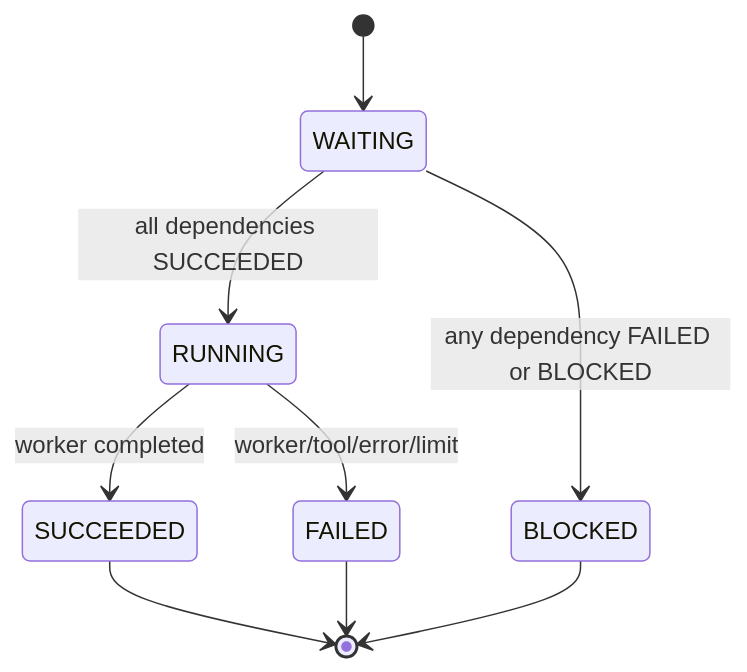
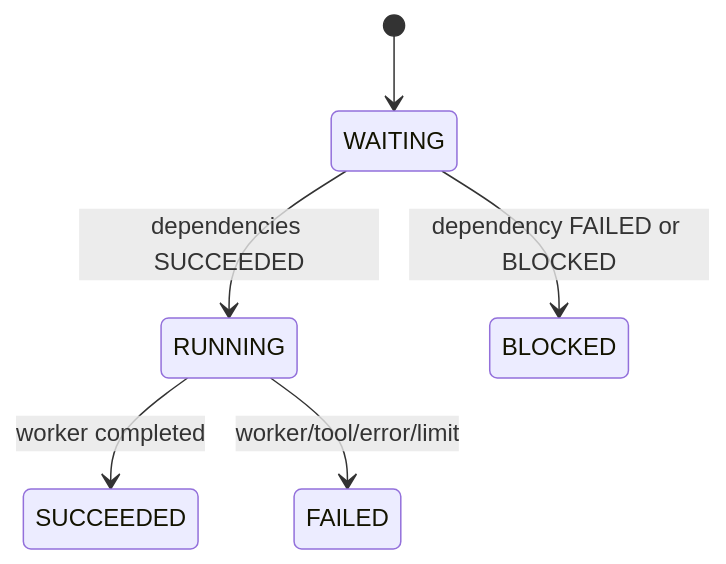
Before and after one commit to Linji-x/you-agent-cli: the third of 3 diagrams in README.md, drawn with Mermaid. The commit also changed other lines of this file and 7 other files, not shown here.

````diff
--- a/README.md
+++ b/README.md
@@ -111,11 +164,8 @@
 ```mermaid
 stateDiagram-v2
     [*] --> WAITING
-    WAITING --> RUNNING: all dependencies SUCCEEDED
+    WAITING --> RUNNING: dependencies SUCCEEDED
     RUNNING --> SUCCEEDED: worker completed
     RUNNING --> FAILED: worker/tool/error/limit
-    WAITING --> BLOCKED: any dependency FAILED or BLOCKED
-    SUCCEEDED --> [*]
-    FAILED --> [*]
-    BLOCKED --> [*]
+    WAITING --> BLOCKED: dependency FAILED or BLOCKED
 ```
````
